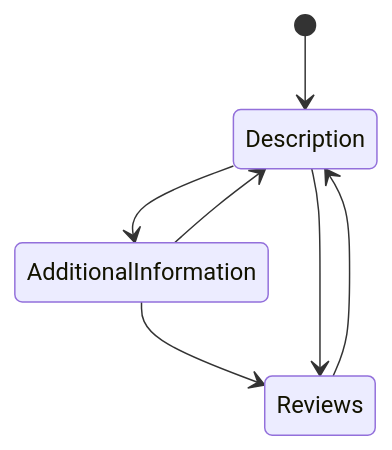
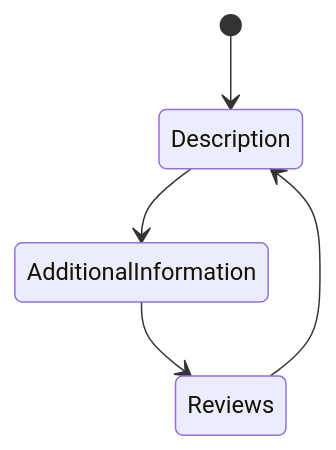
One commit to NguyenDinhDang/Docs-E-commerce changed the ninth of 9 diagrams in 07-so-do-mermaid.md. Above: the diagram before and after it, drawn with Mermaid. The commit also changed other lines of this file and 4 other files, not shown here.

````diff
--- a/07-so-do-mermaid.md
+++ b/07-so-do-mermaid.md
@@ -178,11 +112,7 @@
 ```mermaid
 stateDiagram-v2
-    [*] --> Description
-
-    Description --> AdditionalInformation
-    AdditionalInformation --> Reviews
-    Reviews --> Description
-
-    AdditionalInformation --> Description
-    Description --> Reviews
+  [*] --> Description
+  Description --> AdditionalInformation
+  AdditionalInformation --> Reviews
+  Reviews --> Description
 ```
````
